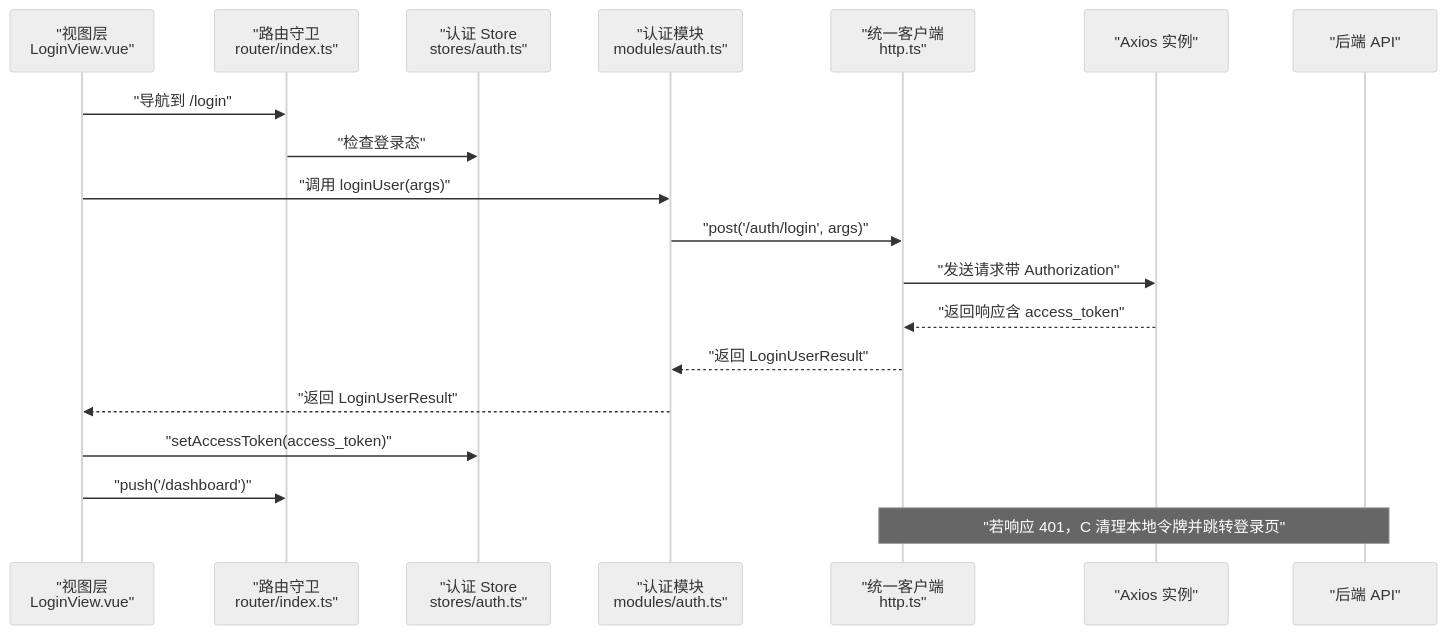
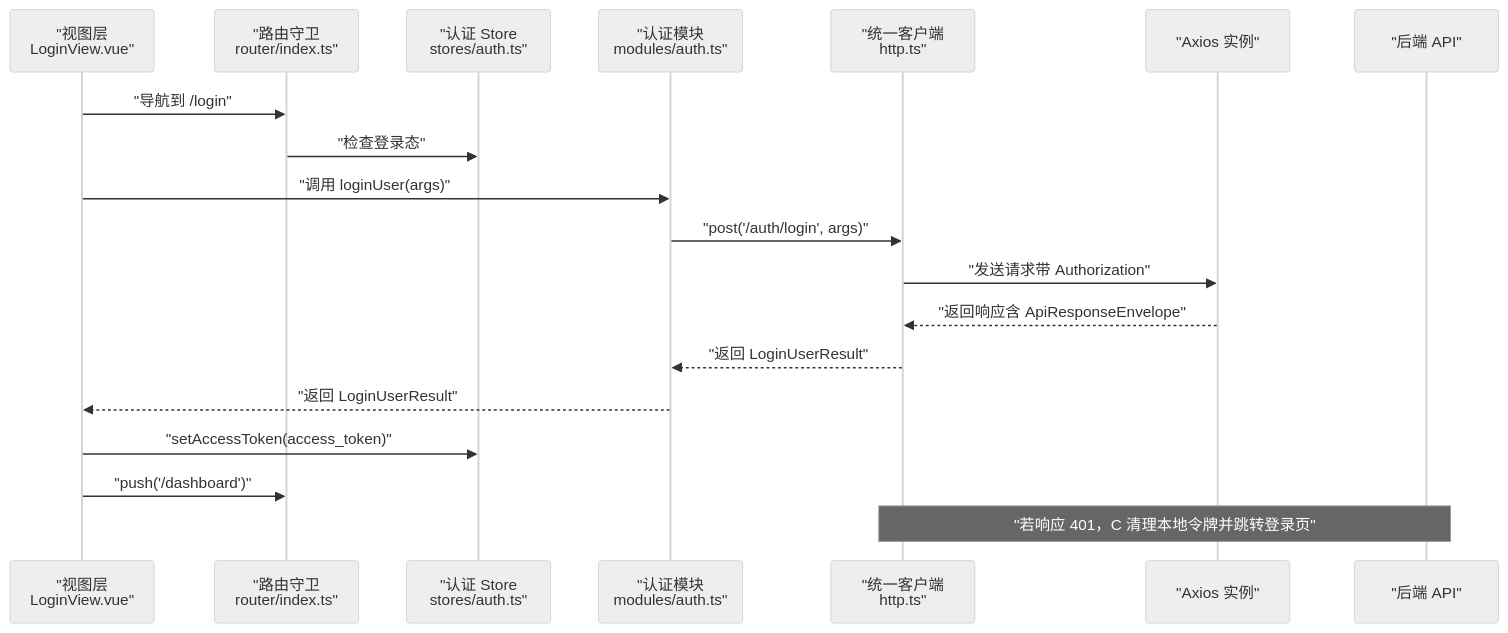
The second of 5 diagrams in .qoder/repowiki/zh/content/前端应用架构/API 客户端.md (ATOMLubover/poprako), drawn with Mermaid (neutral theme) before and after one commit. The commit also changed other lines of this file and 22 other files, not shown here.

````diff
--- a/.qoder/repowiki/zh/content/前端应用架构/API 客户端.md
+++ b/.qoder/repowiki/zh/content/前端应用架构/API 客户端.md
@@ -100,21 +102,21 @@
 ```mermaid
 sequenceDiagram
 participant V as "视图层<br/>LoginView.vue"
 participant R as "路由守卫<br/>router/index.ts"
 participant S as "认证 Store<br/>stores/auth.ts"
 participant M as "认证模块<br/>modules/auth.ts"
 participant C as "统一客户端<br/>http.ts"
 participant AX as "Axios 实例"
 participant API as "后端 API"
 V->>R : "导航到 /login"
 R->>S : "检查登录态"
 V->>M : "调用 loginUser(args)"
 M->>C : "post('/auth/login', args)"
 C->>AX : "发送请求带 Authorization"
-AX-->>C : "返回响应含 access_token"
+AX-->>C : "返回响应含 ApiResponseEnvelope"
 C-->>M : "返回 LoginUserResult"
 M-->>V : "返回 LoginUserResult"
 V->>S : "setAccessToken(access_token)"
 V->>R : "push('/dashboard')"
 Note over C,API : "若响应 401，C 清理本地令牌并跳转登录页"
 ```
````
